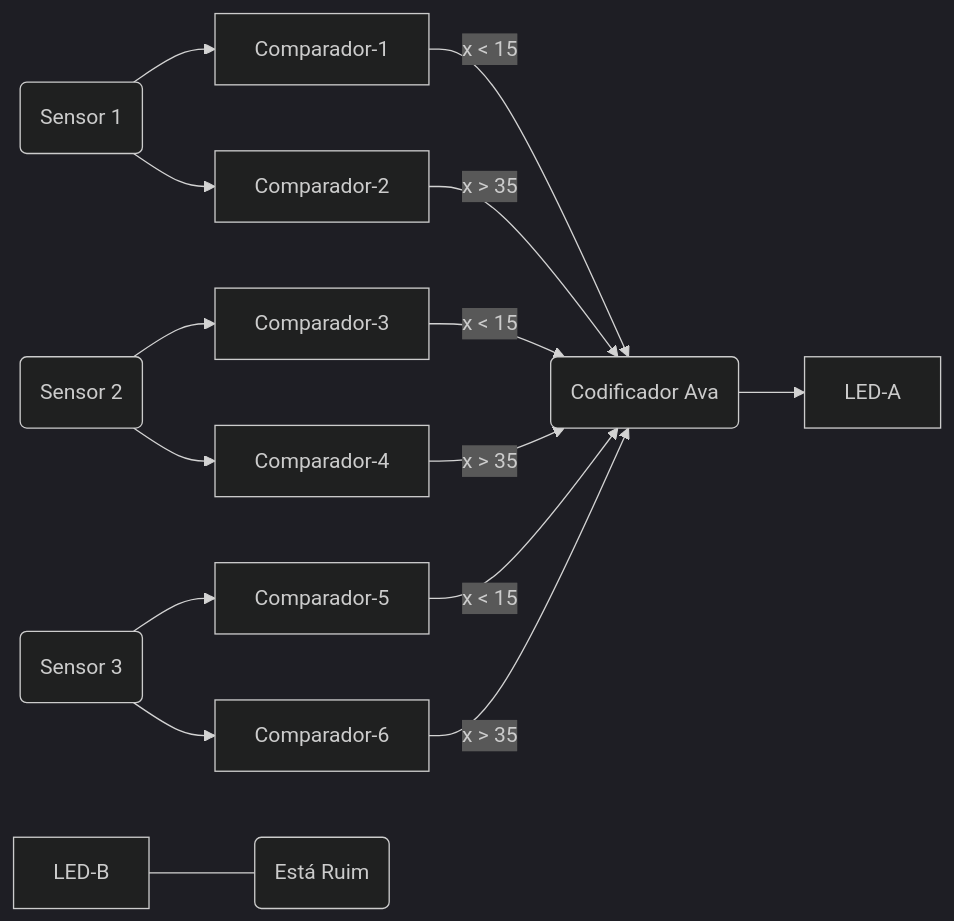
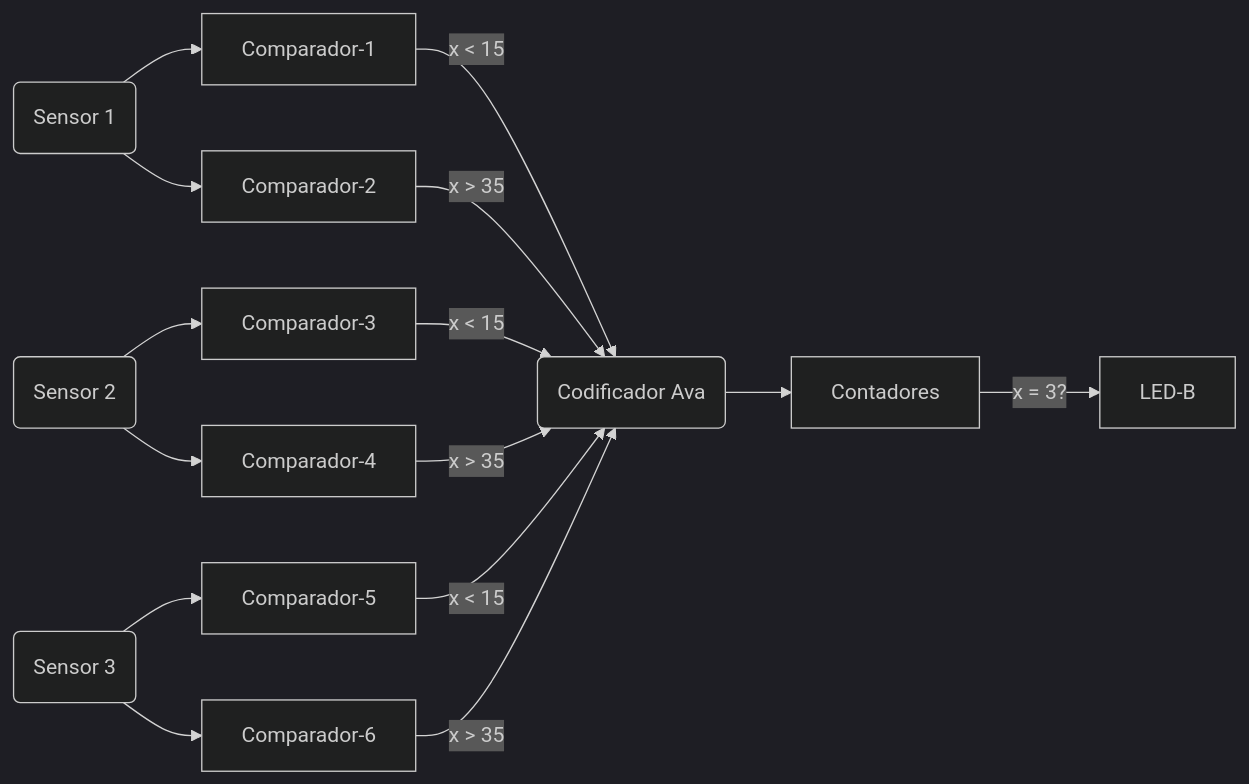
The third of 3 diagrams in README.md (Enzo0100/Solar-Quality), drawn with Mermaid (dark theme) before and after one commit.

````diff
--- a/README.md
+++ b/README.md
@@ -171,19 +171,18 @@
 ```mermaid
 graph LR; 
 sensorA(Sensor 1)-->Comparador-1
 sensorA(Sensor 1)-->Comparador-2
 Comparador-1-->|x < 15|cod(Codificador Ava)
 Comparador-2-->|x > 35|cod(Codificador Ava)
 sensorB(Sensor 2)-->Comparador-3
 sensorB(Sensor 2)-->Comparador-4
 Comparador-3-->|x < 15|cod(Codificador Ava)
 Comparador-4-->|x > 35|cod(Codificador Ava)
 sensorC(Sensor 3)-->Comparador-5
 sensorC(Sensor 3)-->Comparador-6
 Comparador-5-->|x < 15|cod(Codificador Ava)
 Comparador-6-->|x > 35|cod(Codificador Ava)
+cod(Codificador Ava) --> Contadores
+Contadores -->|x = 3?|LED-B
 
-
-cod(Codificador Ava) --> LED-A
-LED-B --- text(Está Ruim)
 ```
````
